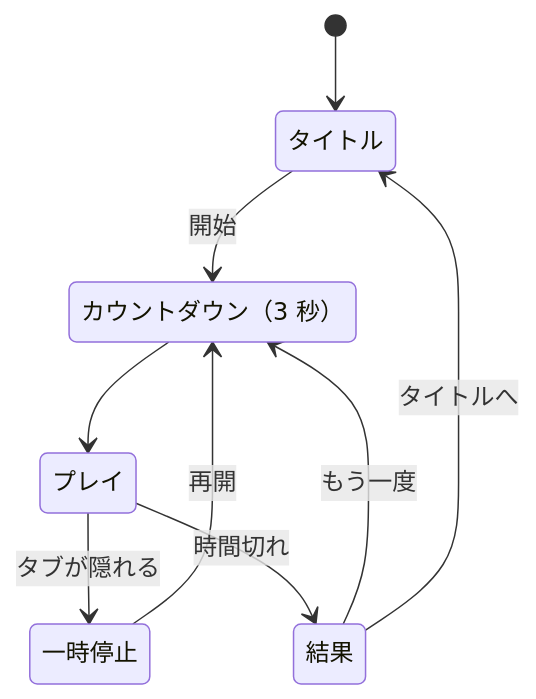
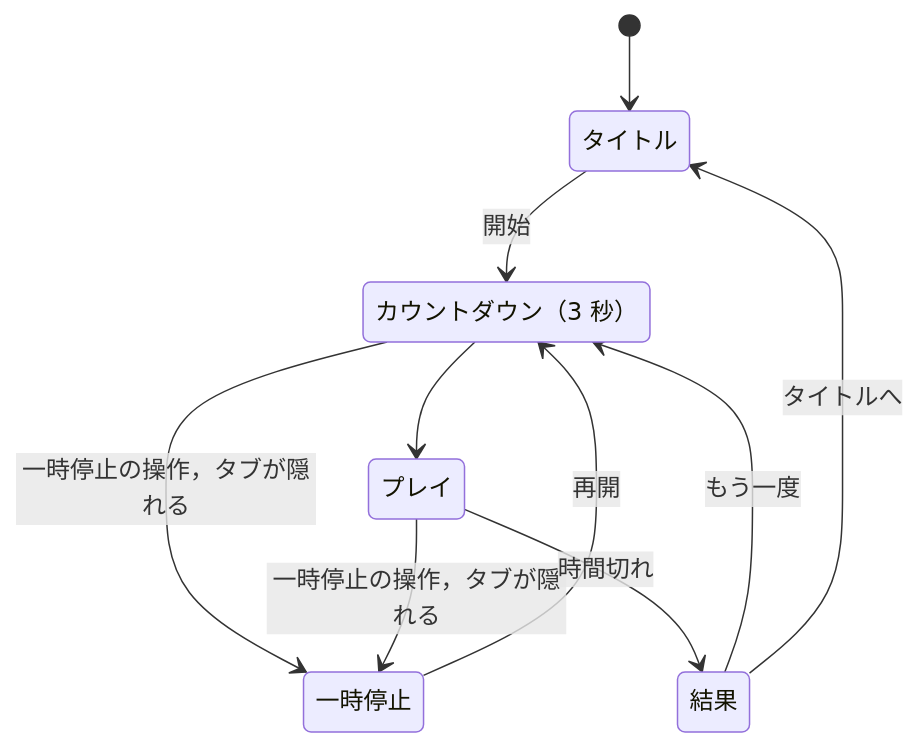
The first of 2 diagrams in docs/requirements.md (tomio2480/furano-wine-toast-ordinance-compliance-game), drawn with Mermaid before and after one commit. The commit also changed other lines of this file and 2 other files, not shown here.

````diff
--- a/docs/requirements.md
+++ b/docs/requirements.md
@@ -160,18 +161,19 @@
 ```mermaid
 stateDiagram-v2
     accTitle: 画面遷移図
-    accDescr: タイトルから開始するとカウントダウンを経てプレイに入る．プレイ中にタブが隠れると一時停止し，再開時はカウントダウンを経てプレイに戻る．時間切れで結果画面に移り，結果画面からはもう一度遊ぶかタイトルに戻る．
+    accDescr: タイトルから開始するとカウントダウンを経てプレイに入る．カウントダウン中とプレイ中は，一時停止の操作かタブが隠れることで一時停止する．再開時はカウントダウンを経てプレイに戻る．時間切れで結果画面に移り，結果画面からはもう一度遊ぶかタイトルに戻る．
     state "タイトル" as Title
     state "カウントダウン（3 秒）" as Countdown
     state "プレイ" as Play
     state "一時停止" as Pause
     state "結果" as Result
     [*] --> Title
     Title --> Countdown: 開始
     Countdown --> Play
-    Play --> Pause: タブが隠れる
+    Countdown --> Pause: 一時停止の操作，タブが隠れる
+    Play --> Pause: 一時停止の操作，タブが隠れる
     Pause --> Countdown: 再開
     Play --> Result: 時間切れ
     Result --> Countdown: もう一度
     Result --> Title: タイトルへ
 ```
````
